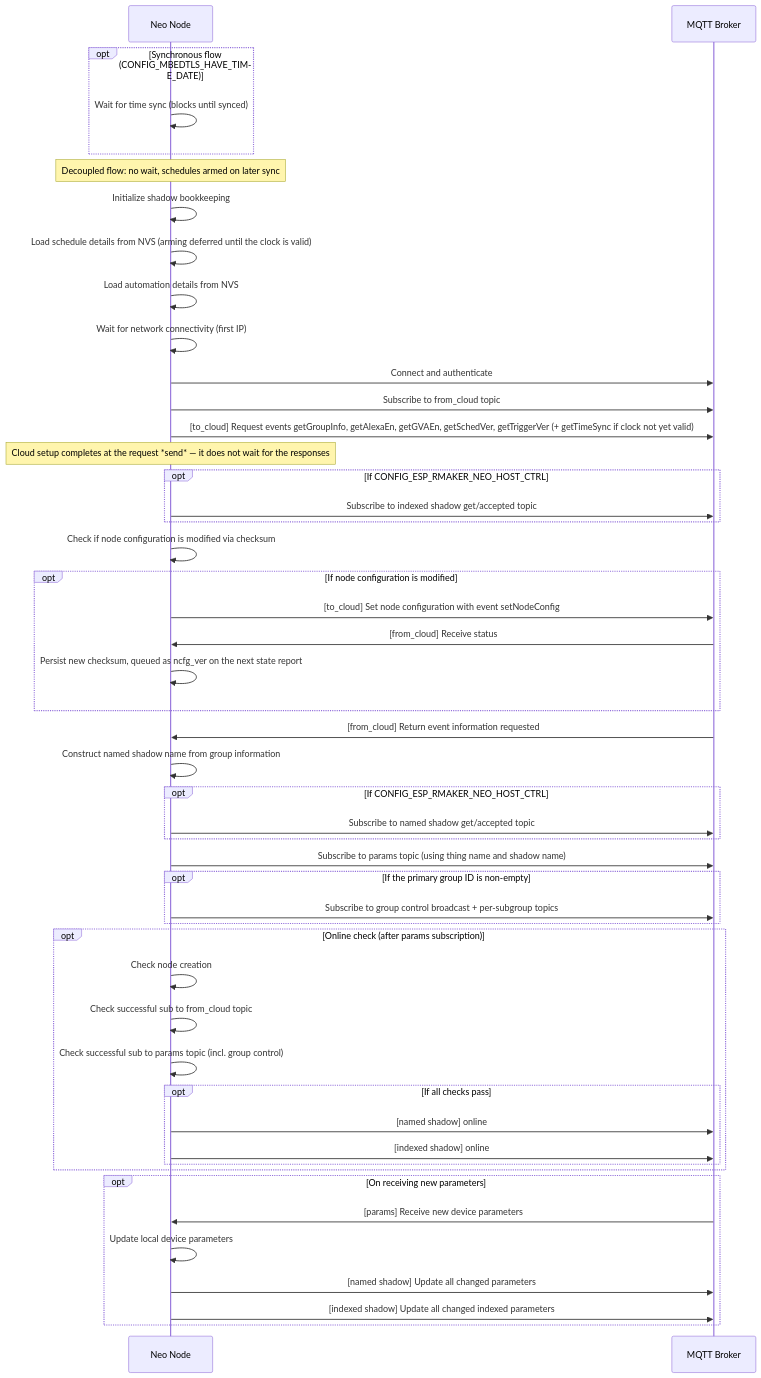
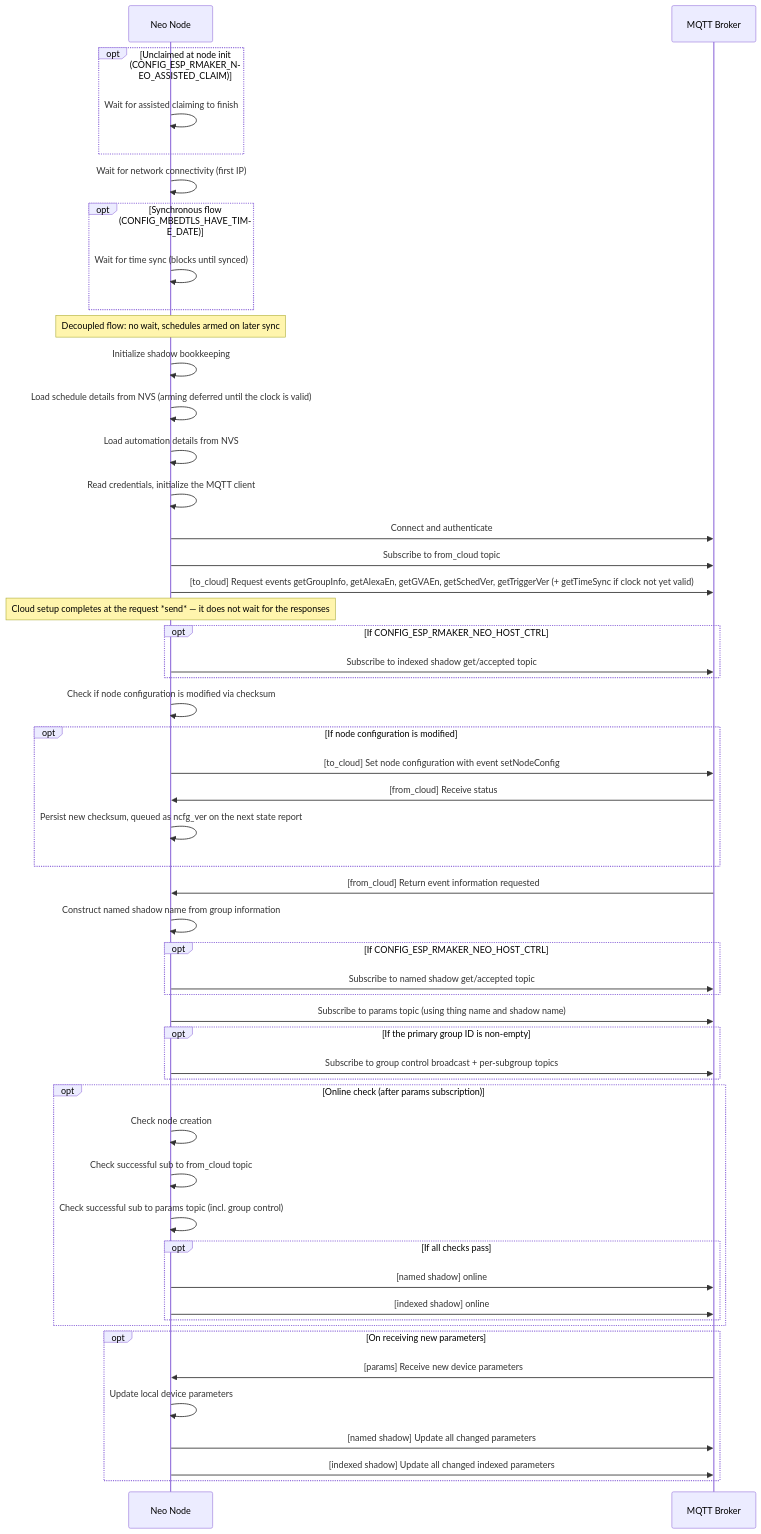
Before and after one commit to espressif/esp-rainmaker-neo-firmware: the diagram in docs/en/specs/initialization.md, drawn with Mermaid. The commit also changed other lines of this file and 45 other files, not shown here.

First line of the commit message:
refactor(neo): create the node before provisioning

````diff
--- a/docs/en/specs/initialization.md
+++ b/docs/en/specs/initialization.md
@@ -77,60 +92,66 @@
 ```mermaid
 sequenceDiagram
     participant node as Neo Node
     participant broker as MQTT Broker
+
+    opt Unclaimed at node init (CONFIG_ESP_RMAKER_NEO_ASSISTED_CLAIM)
+        node ->> node: Wait for assisted claiming to finish
+    end
+
+    node ->> node: Wait for network connectivity (first IP)
 
     opt Synchronous flow (CONFIG_MBEDTLS_HAVE_TIME_DATE)
         node ->> node: Wait for time sync (blocks until synced)
     end
     Note over node: Decoupled flow: no wait, schedules armed on later sync
 
     node ->> node: Initialize shadow bookkeeping
 
     node ->> node: Load schedule details from NVS (arming deferred until the clock is valid)
     node ->> node: Load automation details from NVS
 
-    node ->> node: Wait for network connectivity (first IP)
+    node ->> node: Read credentials, initialize the MQTT client
 
     node ->> broker: Connect and authenticate
     node ->> broker: Subscribe to from_cloud topic
     node ->> broker: [to_cloud] Request events getGroupInfo, getAlexaEn, getGVAEn, getSchedVer, getTriggerVer (+ getTimeSync if clock not yet valid)
     Note over node: Cloud setup completes at the request *send* — it does not wait for the responses
 
     opt If CONFIG_ESP_RMAKER_NEO_HOST_CTRL
         node ->> broker: Subscribe to indexed shadow get/accepted topic
     end
 
     node ->> node: Check if node configuration is modified via checksum
     opt If node configuration is modified
         node ->> broker: [to_cloud] Set node configuration with event setNodeConfig
         broker ->> node: [from_cloud] Receive status
         node ->> node: Persist new checksum, queued as ncfg_ver on the next state report
     end
 
     broker ->> node: [from_cloud] Return event information requested
     node ->> node: Construct named shadow name from group information
     opt If CONFIG_ESP_RMAKER_NEO_HOST_CTRL
         node ->> broker: Subscribe to named shadow get/accepted topic
     end
     node ->> broker: Subscribe to params topic (using thing name and shadow name)
     opt If the primary group ID is non-empty
         node ->> broker: Subscribe to group control broadcast + per-subgroup topics
     end
 
     opt Online check (after params subscription)
         node ->> node: Check node creation
         node ->> node: Check successful sub to from_cloud topic
         node ->> node: Check successful sub to params topic (incl. group control)
         opt If all checks pass
             node ->> broker: [named shadow] online
             node ->> broker: [indexed shadow] online
         end
     end
 
     opt On receiving new parameters
         broker ->> node: [params] Receive new device parameters
         node ->> node: Update local device parameters
         node ->> broker: [named shadow] Update all changed parameters
         node ->> broker: [indexed shadow] Update all changed indexed parameters
     end
 ```
````
